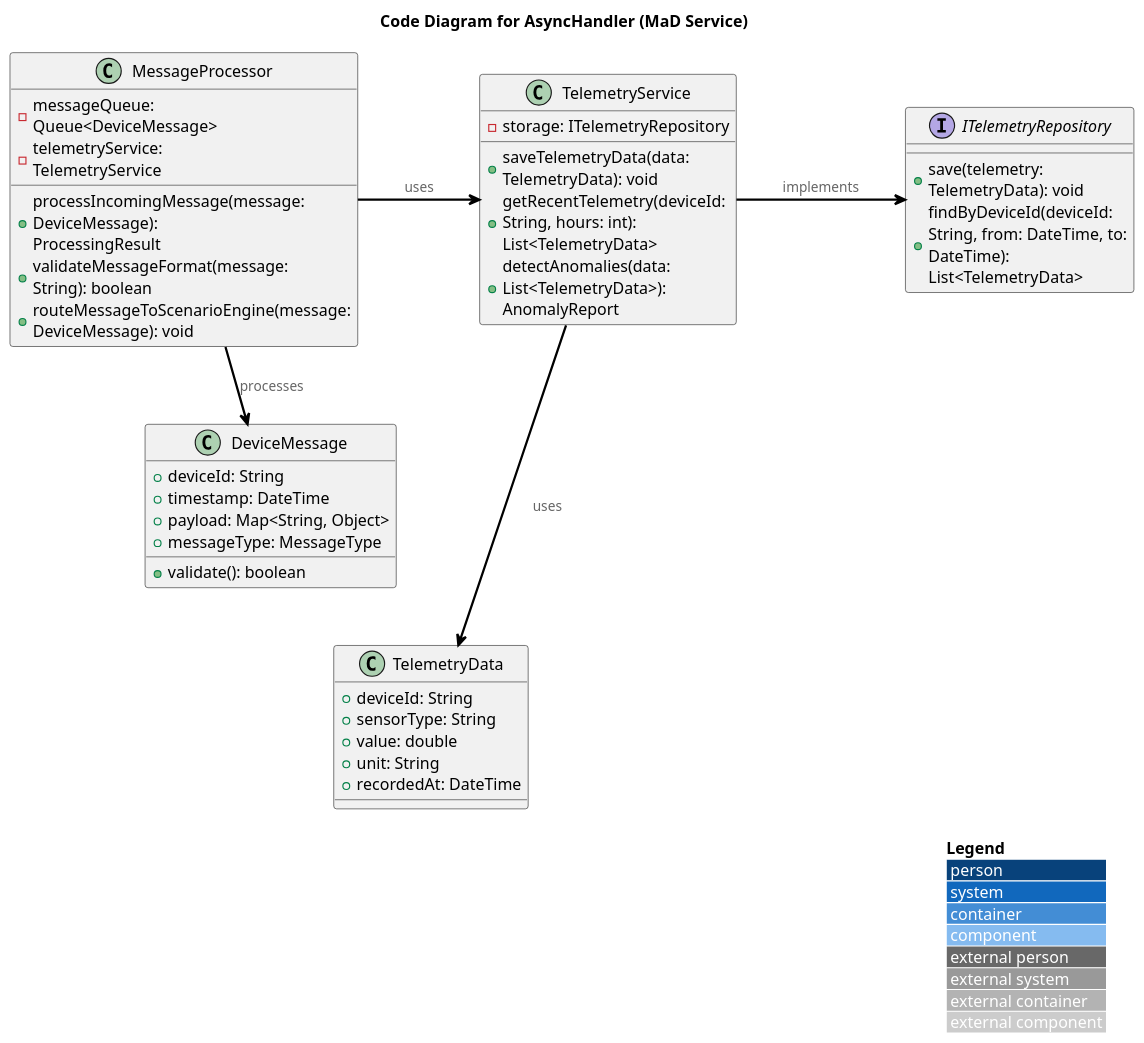
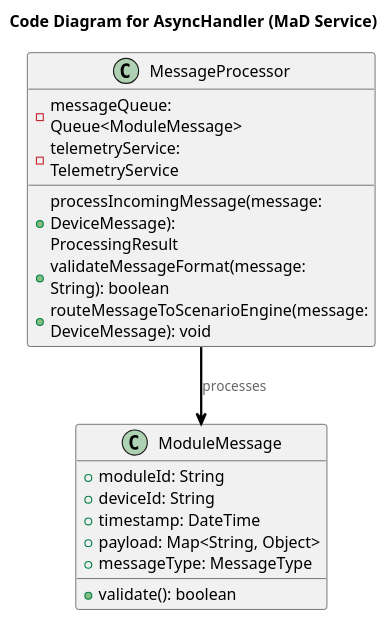
One commit to ISamburskiy/architecture-warmhouse changed the diagram in diagrams/TO_BE/code/_code.puml. Above: the diagram before and after it, drawn with PlantUML. The commit also changed 3 other files, not shown here.

```diff
--- a/diagrams/TO_BE/code/_code.puml
+++ b/diagrams/TO_BE/code/_code.puml
@@ -1,67 +1,36 @@
 @startuml Code Diagram for AsyncHandler
 !includeurl https://raw.githubusercontent.com/RicardoNiepel/C4-PlantUML/master/C4_Component.puml
 
 skinparam linetype polyline
 skinparam ArrowColor Black
 skinparam ArrowThickness 2
 skinparam nodesep 80
 skinparam ranksep 50
 scale 1.2
 
 title Code Diagram for AsyncHandler (MaD Service)
-LAYOUT_WITH_LEGEND()
-
 
 ' Основной класс обработчика асинхронных сообщений
 class MessageProcessor {
-  - messageQueue: Queue<DeviceMessage>
+  - messageQueue: Queue<ModuleMessage>
   - telemetryService: TelemetryService
   + processIncomingMessage(message: DeviceMessage): ProcessingResult
   + validateMessageFormat(message: String): boolean
   + routeMessageToScenarioEngine(message: DeviceMessage): void
 }
 
-' Сервис для работы с телеметрией
-class TelemetryService {
-  - storage: ITelemetryRepository
-  + saveTelemetryData(data: TelemetryData): void
-  + getRecentTelemetry(deviceId: String, hours: int): List<TelemetryData>
-  + detectAnomalies(data: List<TelemetryData>): AnomalyReport
-}
-
-' Интерфейс репозитория для сохранения телеметрии
-interface ITelemetryRepository {
-  + save(telemetry: TelemetryData): void
-  + findByDeviceId(deviceId: String, from: DateTime, to: DateTime): List<TelemetryData>
-}
 
 ' Модель данных — сообщение от устройства
-class DeviceMessage {
+class ModuleMessage {
+  + moduleId: String
   + deviceId: String
   + timestamp: DateTime
   + payload: Map<String, Object>
   + messageType: MessageType
   + validate(): boolean
 }
 
-' Модель данных — телеметрия
-class TelemetryData {
-  + deviceId: String
-  + sensorType: String
-  + value: double
-  + unit: String
-  + recordedAt: DateTime
-}
-
 ' Связи между классами
-MessageProcessor --> TelemetryService : uses
-MessageProcessor --> DeviceMessage : processes
-TelemetryService --> ITelemetryRepository : implements
-TelemetryService --> TelemetryData : uses
-
-' Невидимые связи для выравнивания элементов на диаграмме
-MessageProcessor -[hidden]right- TelemetryService
-TelemetryService -[hidden]right- ITelemetryRepository
-DeviceMessage -[hidden]down- TelemetryData
+MessageProcessor --> ModuleMessage : processes
 
 @enduml
```
